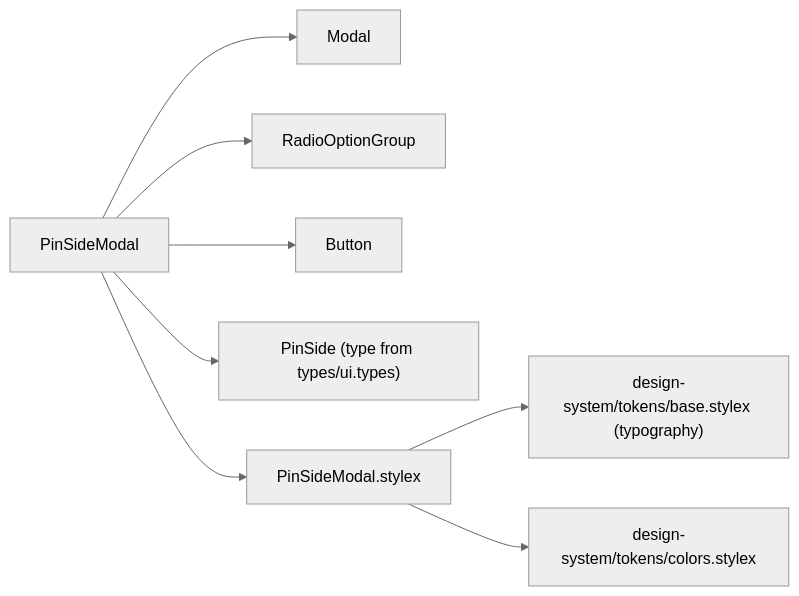
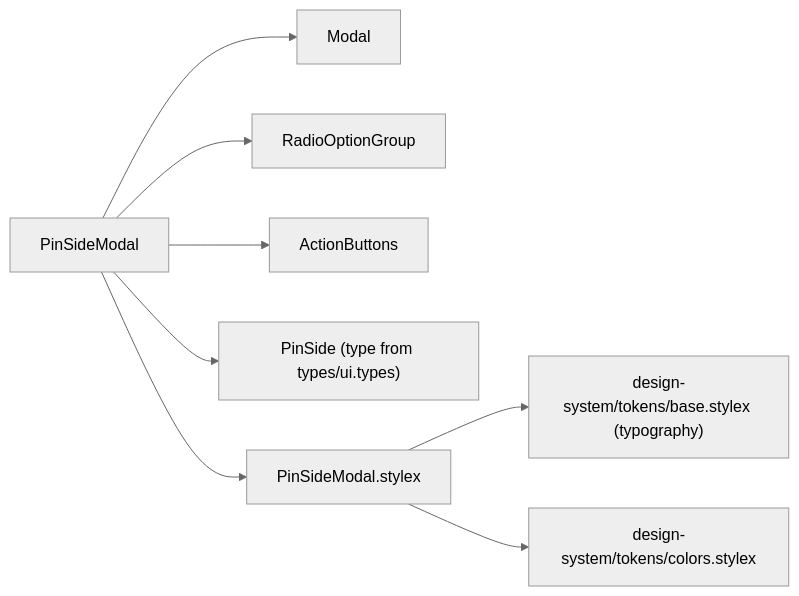
Before and after one commit to luciocabrera/lcabrera-stack: the first of 3 diagrams in packages/ui/src/components/PinSideModal/ARCHITECTURE.md, drawn with Mermaid (neutral theme). The commit also changed other lines of this file and 24 other files, not shown here.

Commit message:
feat(ui): introduce ActionButtons component for consistent button handling across modals and footers

````diff
--- a/packages/ui/src/components/PinSideModal/ARCHITECTURE.md
+++ b/packages/ui/src/components/PinSideModal/ARCHITECTURE.md
@@ -17,10 +17,10 @@
 ```mermaid
 graph LR
   PSM["PinSideModal"] --> Modal
   PSM --> RadioOptionGroup
-  PSM --> Button
+  PSM --> ActionButtons
   PSM --> PinSide["PinSide (type from types/ui.types)"]
   PSM --> PSM_stylex["PinSideModal.stylex"]
   PSM_stylex --> base_tokens["design-system/tokens/base.stylex (typography)"]
   PSM_stylex --> colors["design-system/tokens/colors.stylex"]
 ```
````
